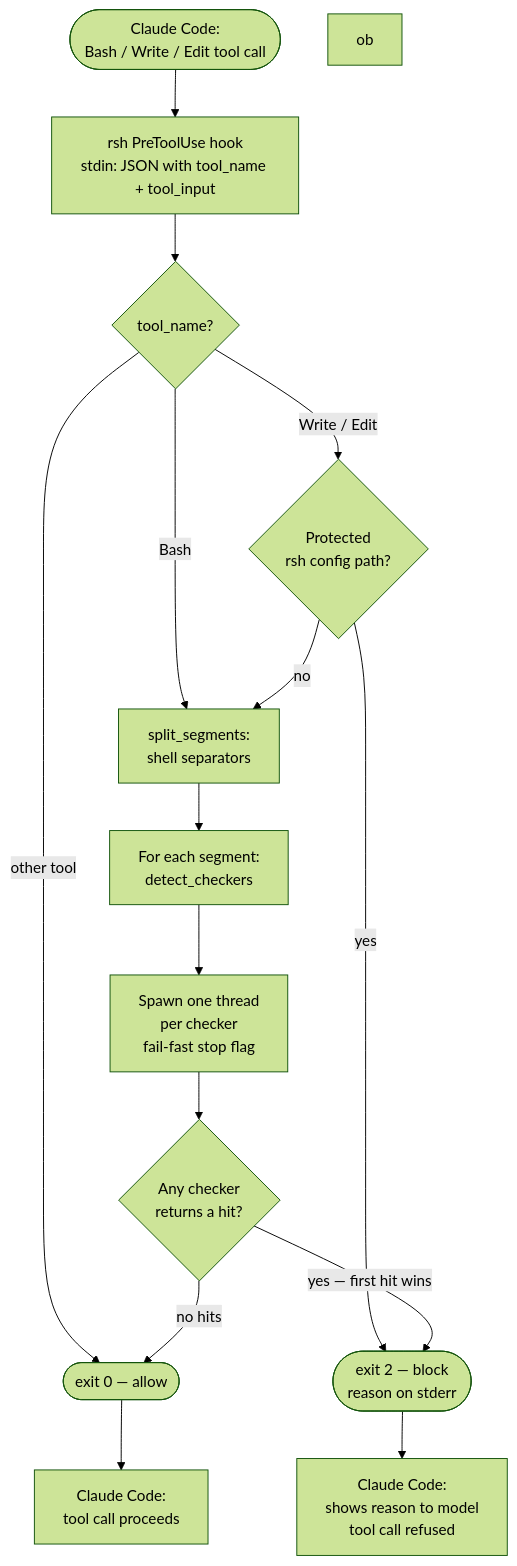
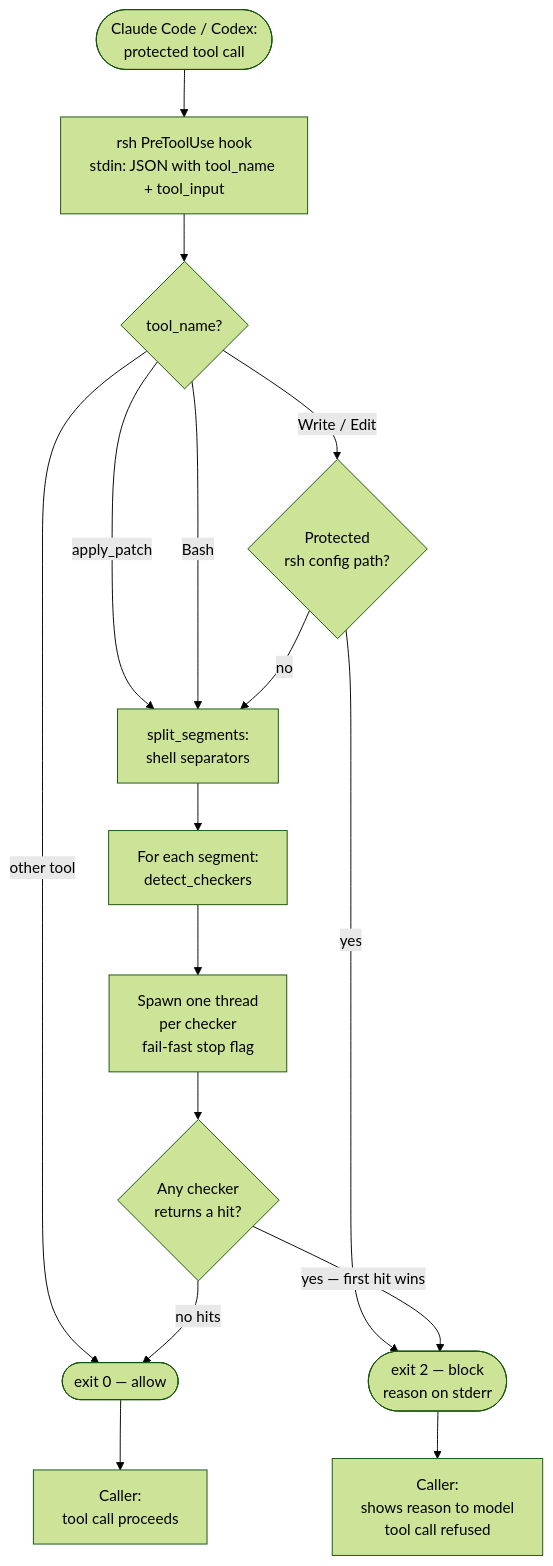
One commit to thePermission/RustSecurityHook changed the diagram in docs/index.md. Above: the diagram before and after it, drawn with Mermaid (forest theme). The commit also changed other lines of this file and 5 other files, not shown here.

Commit message:
feat: add Codex hook support

````diff
--- a/docs/index.md
+++ b/docs/index.md
@@ -25,24 +26,24 @@
 ```mermaid
 flowchart TD
-    A([Claude Code:\nBash / Write / Edit tool call]) --> B[rsh PreToolUse hook\nstdin: JSON with tool_name + tool_input]
+    A([Claude Code / Codex:\nprotected tool call]) --> B[rsh PreToolUse hook\nstdin: JSON with tool_name + tool_input]
     B --> C{tool_name?}
-ob
     C -->|other tool| ALLOW([exit 0 — allow])
     C -->|Write / Edit| W1{Protected\nrsh config path?}
+    C -->|apply_patch| D
     C -->|Bash| D[split_segments:\nshell separators]
 
     W1 -->|yes| BLOCK
     W1 -->|no| D
 
     D --> E[For each segment:\ndetect_checkers]
 
     E --> F[Spawn one thread\nper checker\nfail-fast stop flag]
 
     F --> G{Any checker\nreturns a hit?}
 
     G -->|yes — first hit wins| BLOCK([exit 2 — block\nreason on stderr])
     G -->|no hits| ALLOW
 
-    BLOCK --> CC[Claude Code:\nshows reason to model\ntool call refused]
-    ALLOW --> CC2[Claude Code:\ntool call proceeds]
+    BLOCK --> CC[Caller:\nshows reason to model\ntool call refused]
+    ALLOW --> CC2[Caller:\ntool call proceeds]
 ```
````
